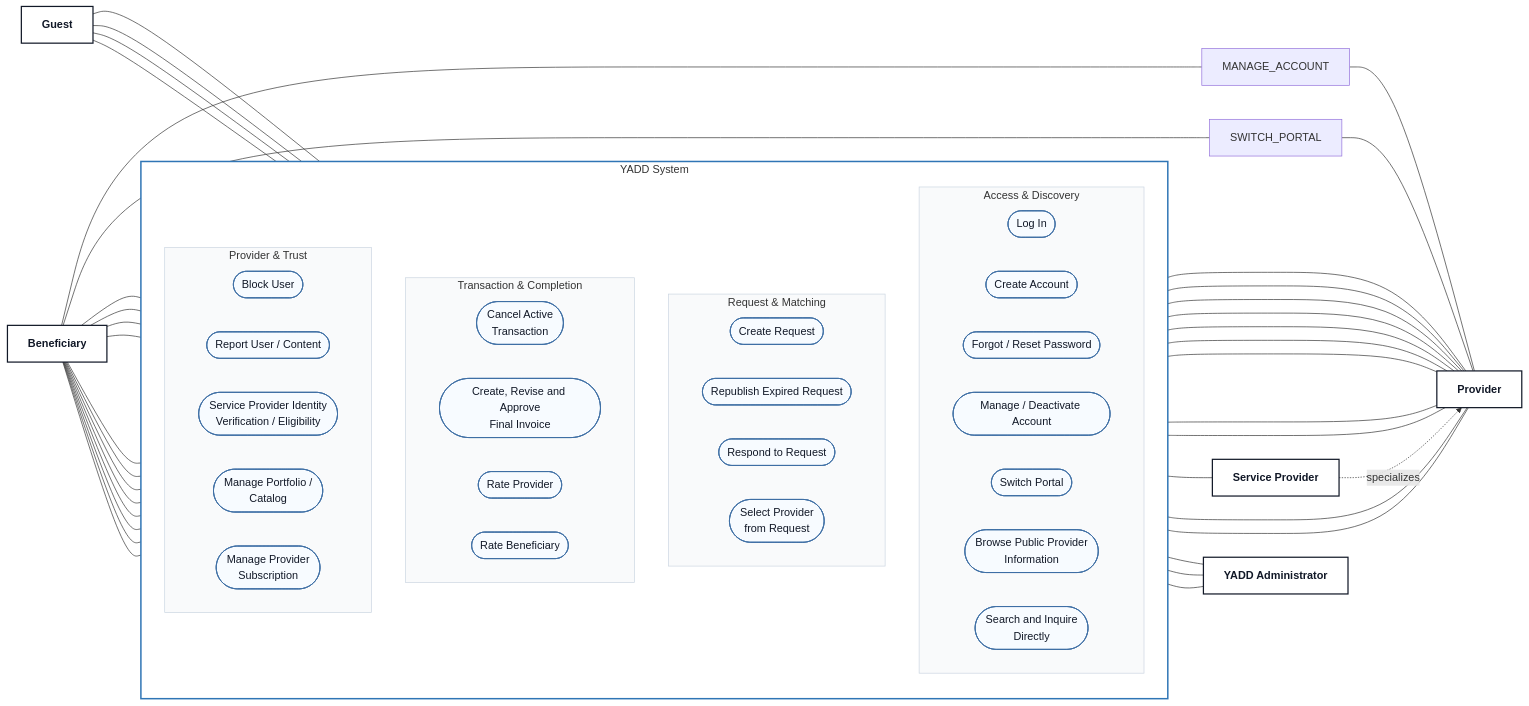
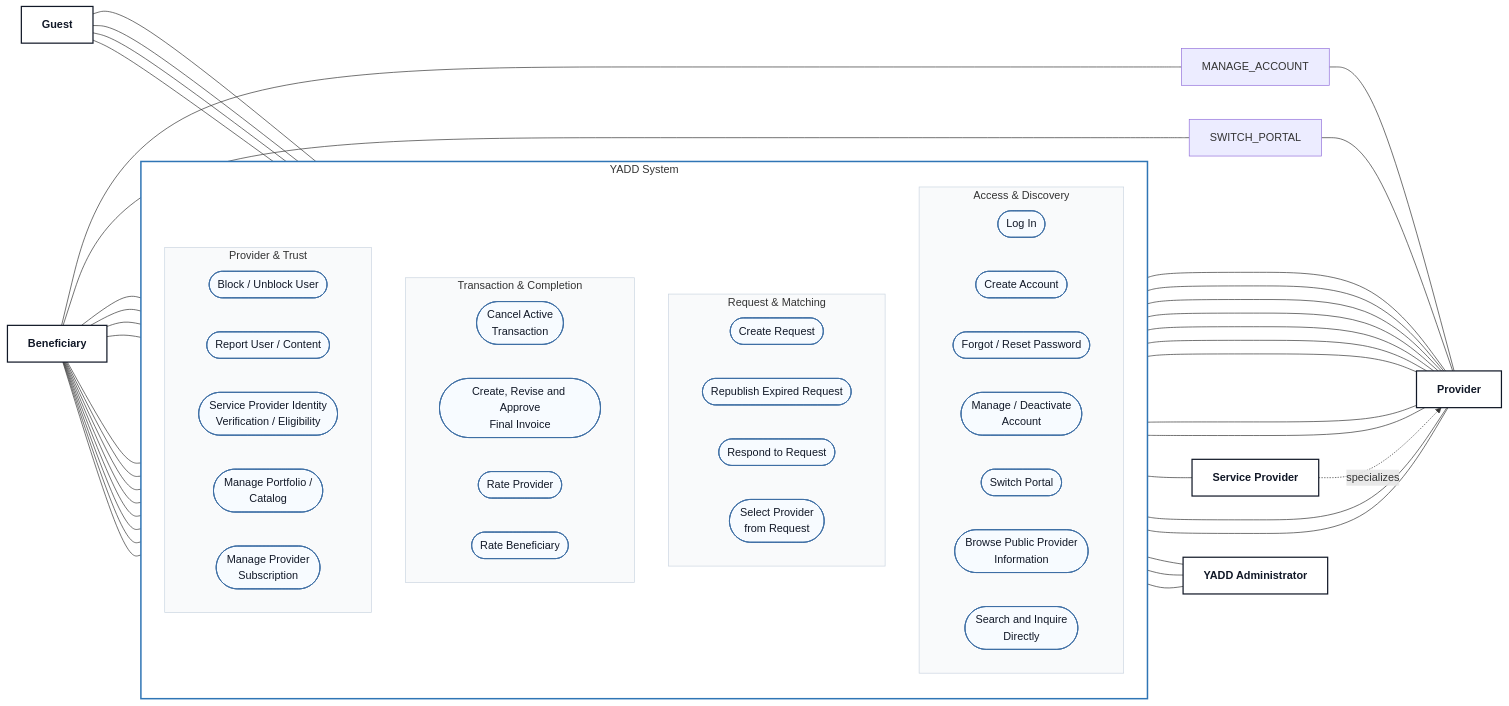
One commit to Yadd-SanaaUniversityGraduationProject/yadd changed the diagram in diagrams/03-analysis/uml/use-case/00-main-overview.md. Above: the diagram before and after it, drawn with Mermaid.

Commit message:
Finalize main overview account and unblock labels

```diff
--- a/diagrams/03-analysis/uml/use-case/00-main-overview.md
+++ b/diagrams/03-analysis/uml/use-case/00-main-overview.md
@@ -26,7 +26,7 @@
             LOGIN(["Log In"]):::usecase
             REGISTER(["Create Account"]):::usecase
             FORGOT(["Forgot / Reset Password"]):::usecase
-            MANAGE_ACC(["Manage / Deactivate Account"]):::usecase
+            MANAGE_ACC(["Manage / Deactivate<br/>Account"]):::usecase
             SWITCH(["Switch Portal"]):::usecase
             UC00(["Browse Public Provider<br/>Information"]):::usecase
             UC01(["Search and Inquire<br/>Directly"]):::usecase
@@ -50,7 +50,7 @@
 
         subgraph TRUST["Provider & Trust"]
             direction LR
-            BLOCK(["Block User"]):::usecase
+            BLOCK(["Block / Unblock User"]):::usecase
             REPORT(["Report User / Content"]):::usecase
             UC09(["Service Provider Identity<br/>Verification / Eligibility"]):::usecase
             UC10(["Manage Portfolio /<br/>Catalog"]):::usecase
```
